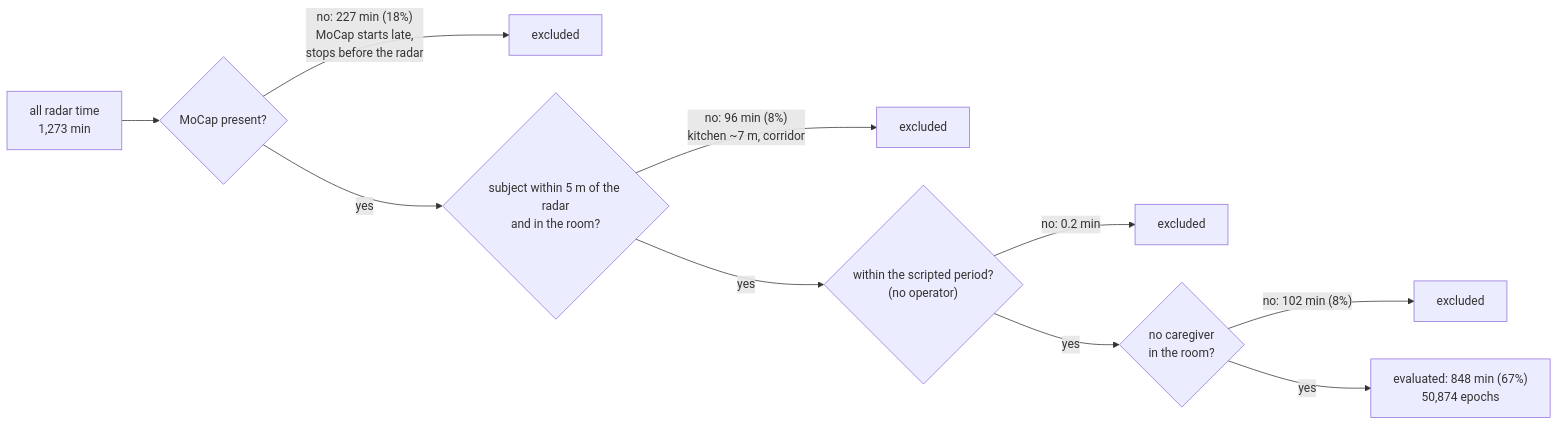
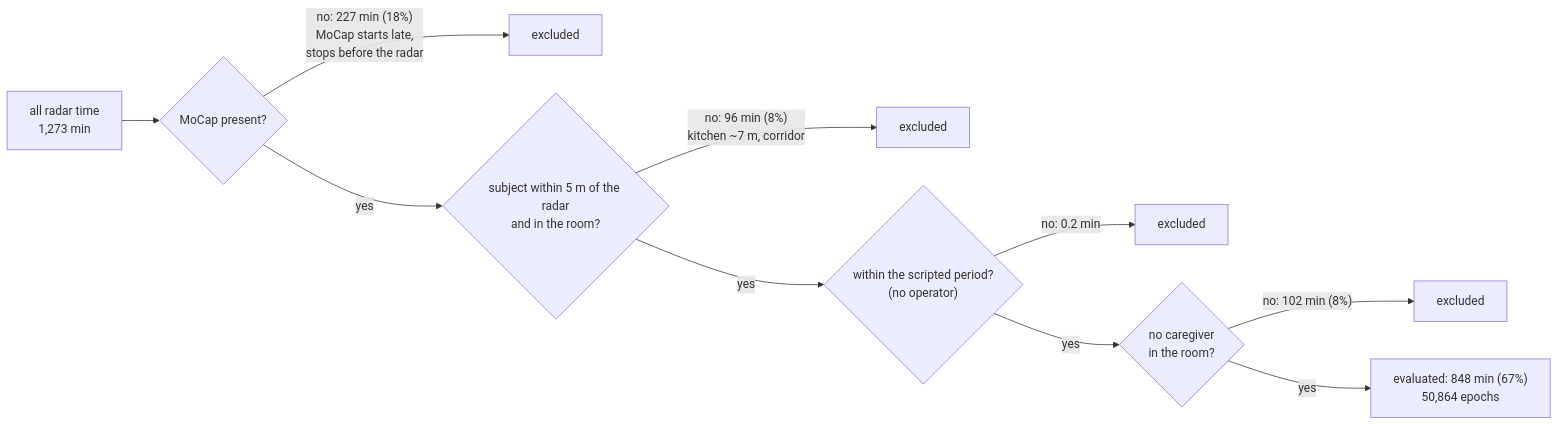
Before and after one commit to itsXuanFeng/mobilityIndex: the third of 4 diagrams in docs/category1.md, drawn with Mermaid. The commit also changed other lines of this file and 17 other files, not shown here.

````diff
--- a/docs/category1.md
+++ b/docs/category1.md
@@ -147,12 +182,12 @@
 ```mermaid
 flowchart LR
     T["all radar time<br/>1,273 min"] --> M{"MoCap present?"}
     M -- "no: 227 min (18%)<br/>MoCap starts late,<br/>stops before the radar" --> X1["excluded"]
     M -- yes --> C{"subject within 5 m of the radar<br/>and in the room?"}
     C -- "no: 96 min (8%)<br/>kitchen ~7 m, corridor" --> X2["excluded"]
     C -- yes --> P{"within the scripted period?<br/>(no operator)"}
     P -- "no: 0.2 min" --> X4["excluded"]
     P -- yes --> K{"no caregiver<br/>in the room?"}
     K -- "no: 102 min (8%)" --> X3["excluded"]
-    K -- yes --> E["evaluated: 848 min (67%)<br/>50,874 epochs"]
+    K -- yes --> E["evaluated: 848 min (67%)<br/>50,864 epochs"]
 ```
````
